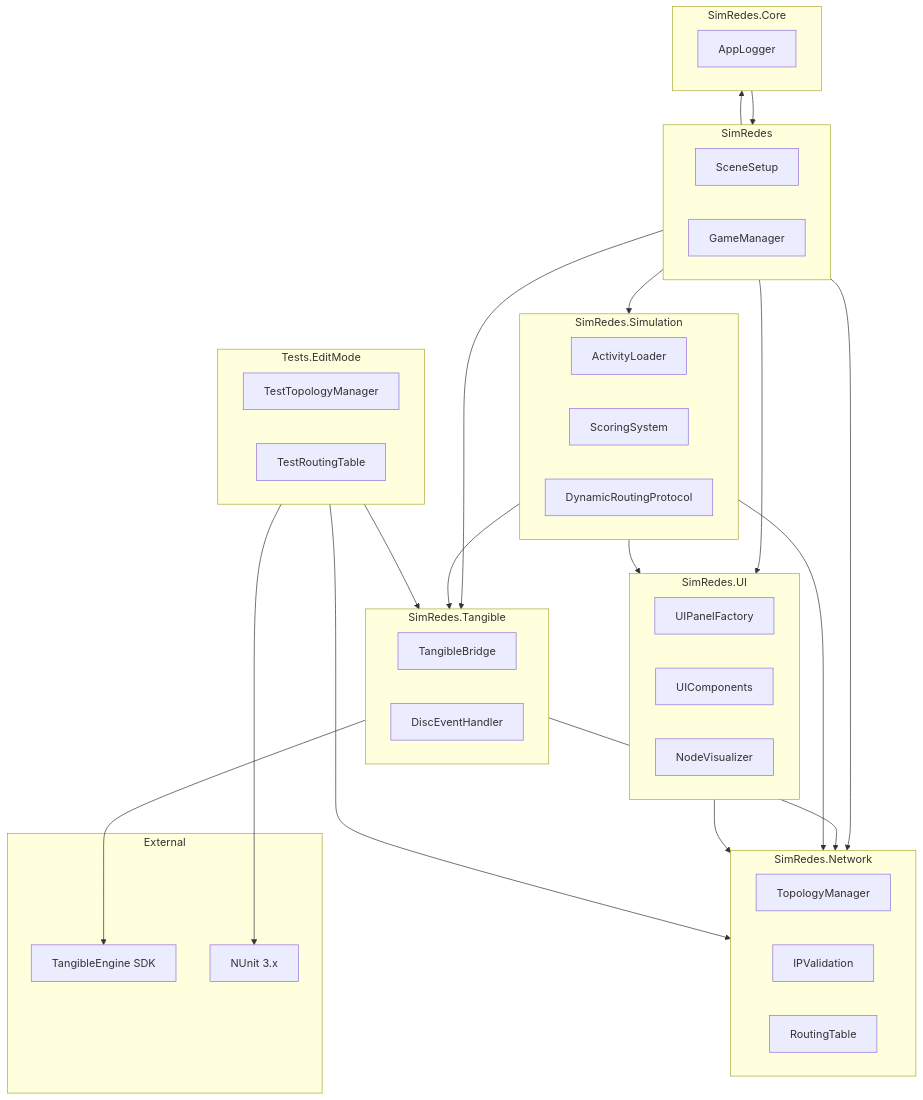
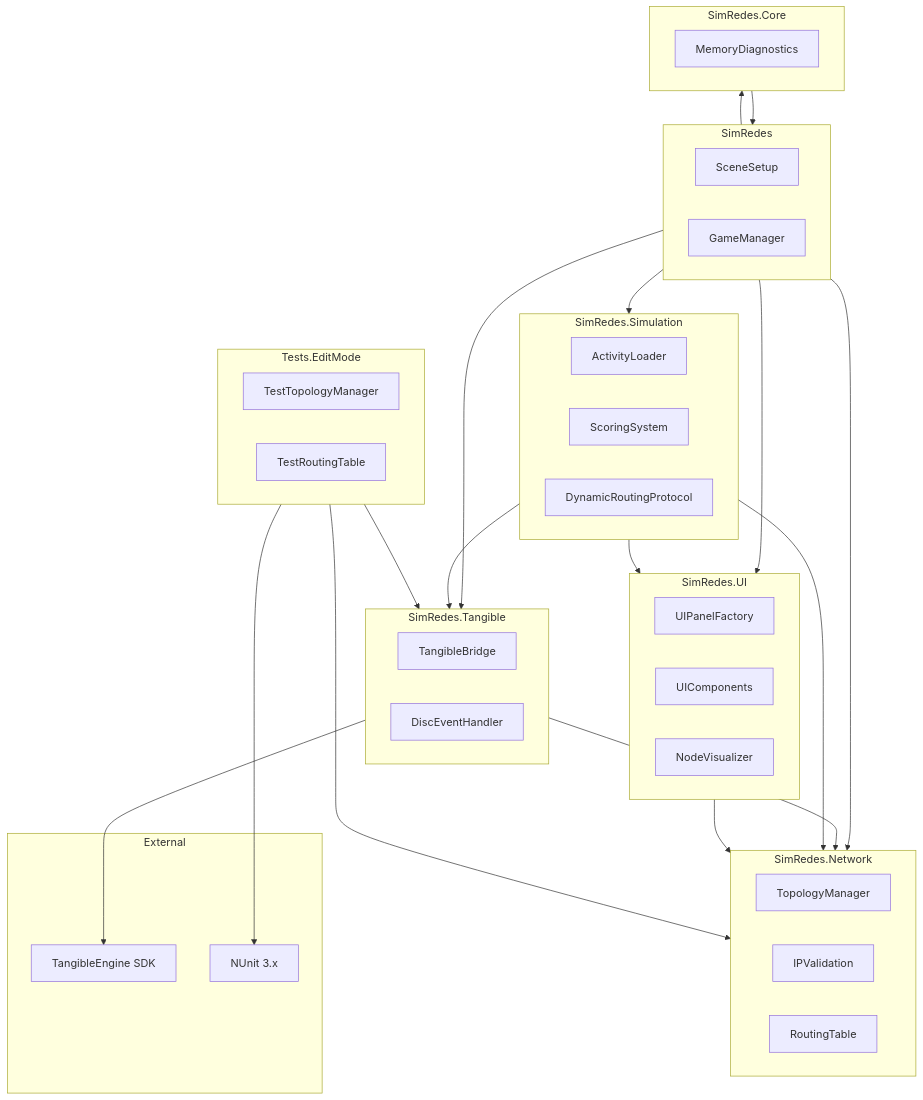
One commit to Josmarinr/ProyectoGI_SimuladorRedesIDEUM changed the diagram in docs/diagrams/mermaid/packages/06a-overview.md. Above: the diagram before and after it, drawn with Mermaid. The commit also changed 19 other files, not shown here.

````diff
--- a/docs/diagrams/mermaid/packages/06a-overview.md
+++ b/docs/diagrams/mermaid/packages/06a-overview.md
@@ -3,65 +3,65 @@
 ```mermaid
 graph TB
     subgraph S1["SimRedes"]
         SceneSetup
         GameManager
     end
 
     subgraph S2["SimRedes.Network"]
         TopologyManager
         IPValidation
         RoutingTable
     end
 
     subgraph S3["SimRedes.Tangible"]
         TangibleBridge
         DiscEventHandler
     end
 
     subgraph S4["SimRedes.Simulation"]
         ActivityLoader
         ScoringSystem
         DynamicRoutingProtocol
     end
 
     subgraph S5["SimRedes.UI"]
         UIPanelFactory
         UIComponents
         NodeVisualizer
     end
 
     subgraph S6["SimRedes.Core"]
-        AppLogger
+        MemoryDiagnostics
     end
 
     subgraph S7["External"]
         TE["TangibleEngine SDK"]
         NUnit["NUnit 3.x"]
     end
 
     subgraph S8["Tests.EditMode"]
         TestTopologyManager
         TestRoutingTable
     end
 
     S1 --> S2
     S1 --> S5
     S1 --> S4
     S1 --> S3
     S1 --> S6
 
     S3 --> S2
     S3 --> TE
 
     S4 --> S2
     S4 --> S5
     S4 --> S3
 
     S5 --> S2
 
     S6 --> S1
 
     S8 --> S2
     S8 --> S3
     S8 --> NUnit
 ```
````
